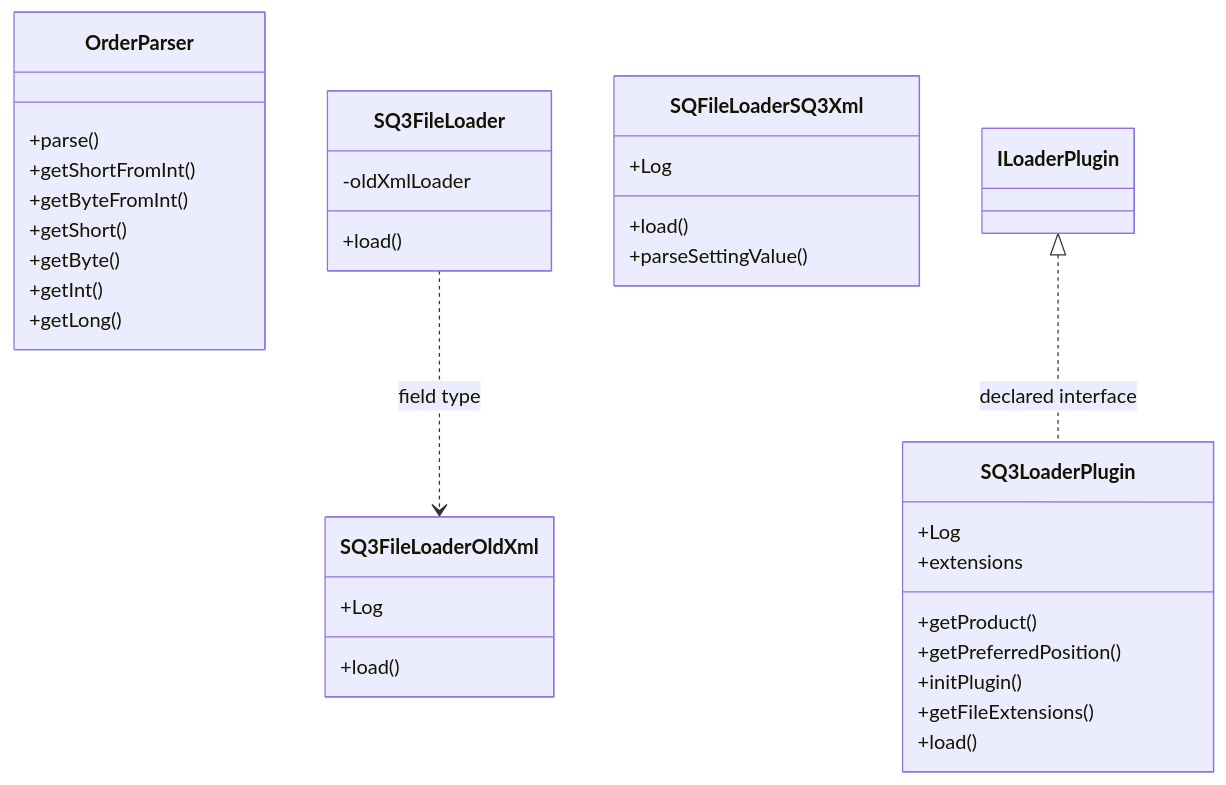
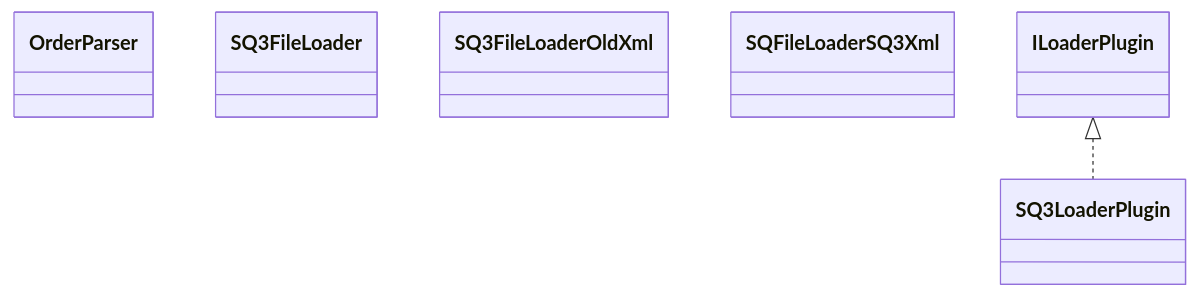
One commit to haruperi/HaruQuantAI changed the diagram in docs/sqx/Shared/LoaderSQ3.md. Above: the diagram before and after it, drawn with Mermaid. The commit also changed other lines of this file and 1688 other files, not shown here.

````diff
--- a/docs/sqx/Shared/LoaderSQ3.md
+++ b/docs/sqx/Shared/LoaderSQ3.md
@@ -30,37 +26,10 @@
 ```mermaid
 classDiagram
-    class C521f08e17499["OrderParser"] {
-        +parse()
-        +getShortFromInt()
-        +getByteFromInt()
-        +getShort()
-        +getByte()
-        +getInt()
-        +getLong()
-    }
-    class C1fb5aee3a6d3["SQ3FileLoader"] {
-        -oldXmlLoader
-        +load()
-    }
-    class C620881ea2a74["SQ3FileLoaderOldXml"] {
-        +Log
-        +load()
-    }
-    class C8444cc5c154a["SQ3LoaderPlugin"] {
-        +Log
-        +extensions
-        +getProduct()
-        +getPreferredPosition()
-        +initPlugin()
-        +getFileExtensions()
-        +load()
-    }
-    class C53242d0e860a["SQFileLoaderSQ3Xml"] {
-        +Log
-        +load()
-        +parseSettingValue()
-    }
-    class Cdee1d566d0b0["ILoaderPlugin"]
-    C1fb5aee3a6d3 ..> C620881ea2a74 : field type
-    Cdee1d566d0b0 <|.. C8444cc5c154a : declared interface
+    class C0["OrderParser"]
+    class C1["SQ3FileLoader"]
+    class C2["SQ3FileLoaderOldXml"]
+    class C3["SQ3LoaderPlugin"]
+    class C4["SQFileLoaderSQ3Xml"]
+    class E0["ILoaderPlugin"]
+    E0 <|.. C3
 ```
````
